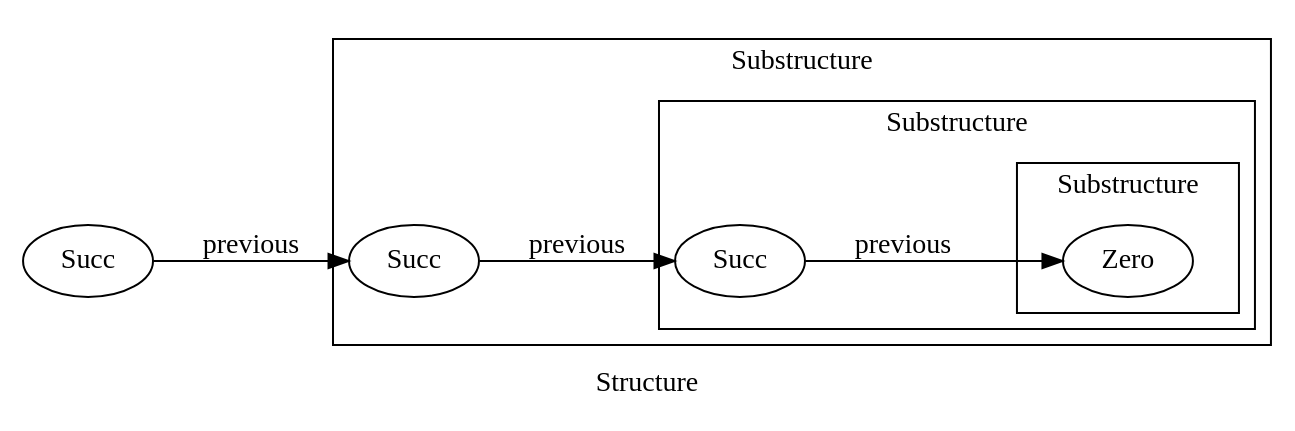
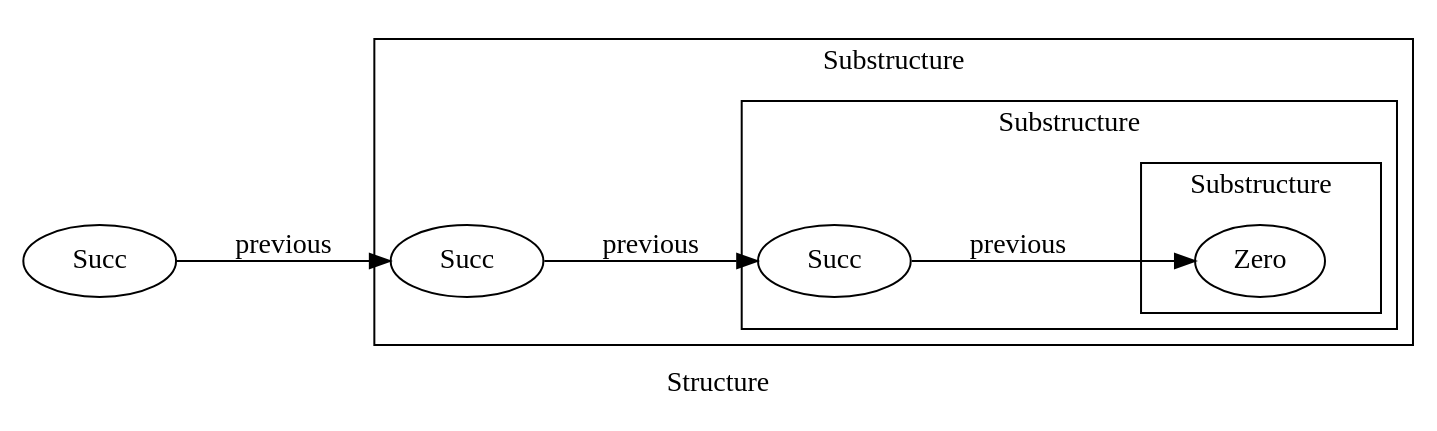
One commit to anatoliykmetyuk/anatoliykmetyuk.github.io_ changed the first of 9 diagrams in posts/2017-03-10-matryoshka-intro.md. Above: the diagram before and after it, drawn with Graphviz. The commit also changed other lines of this file and 1 other file, not shown here.

Commit message:
Graphviz labels fixed

````diff
--- a/posts/2017-03-10-matryoshka-intro.md
+++ b/posts/2017-03-10-matryoshka-intro.md
@@ -31,19 +31,19 @@
 ```{.graphviz width=100% #nat_diagram}
-digraph G { label="Structure" rankdir=LR
-  S3 [label="Succ"]
+digraph G { label=" Structure " rankdir=LR
+  S3 [label=" Succ "]
 
-  subgraph cluster1 { label="Substructure" graph[style=solid]
-    S2 [label="Succ"]
+  subgraph cluster1 { label=" Substructure " graph[style=solid]
+    S2 [label=" Succ "]
 
     subgraph cluster2 {
-      S1 [label="Succ"]
+      S1 [label=" Succ "]
       
       subgraph cluster3 {
         "Zero"
       }
     }
   }
 
-  S3 -> S2 -> S1 -> Zero [label="previous"]
+  S3 -> S2 -> S1 -> Zero [label=" previous "]
 } 
 ```
````
